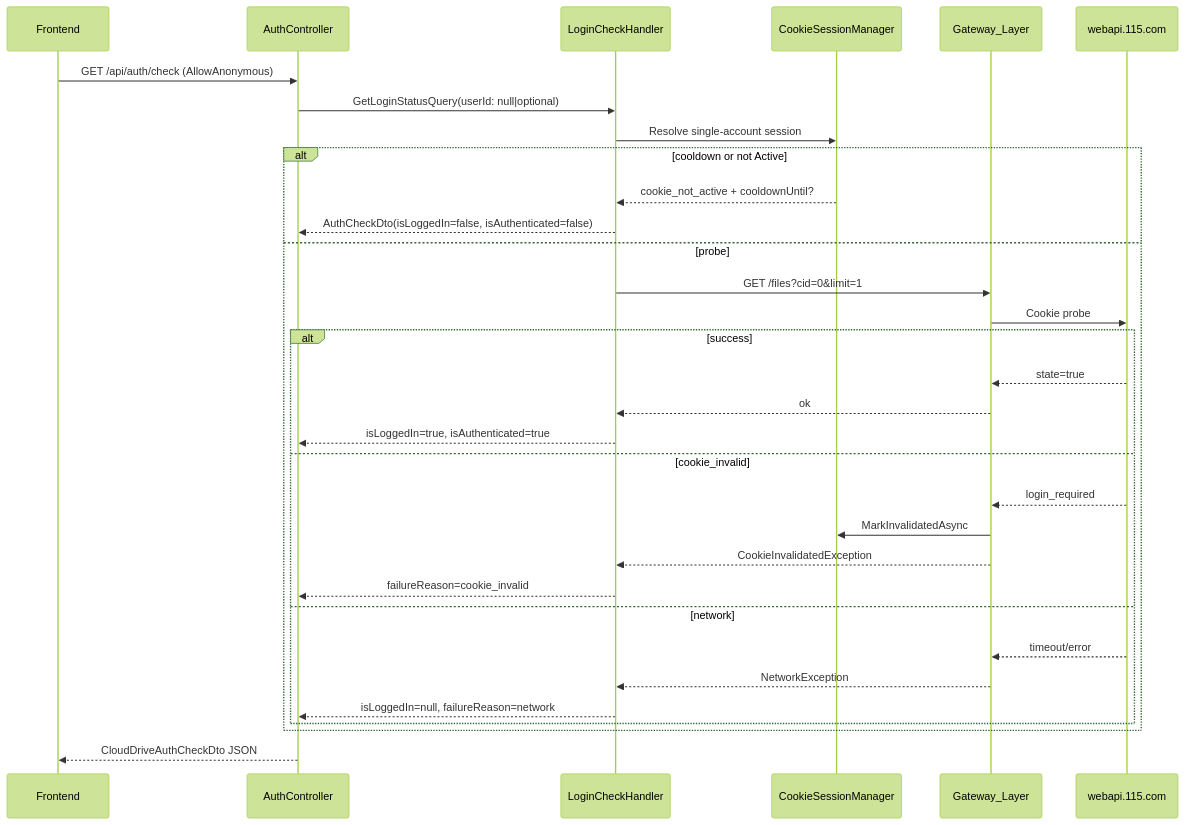
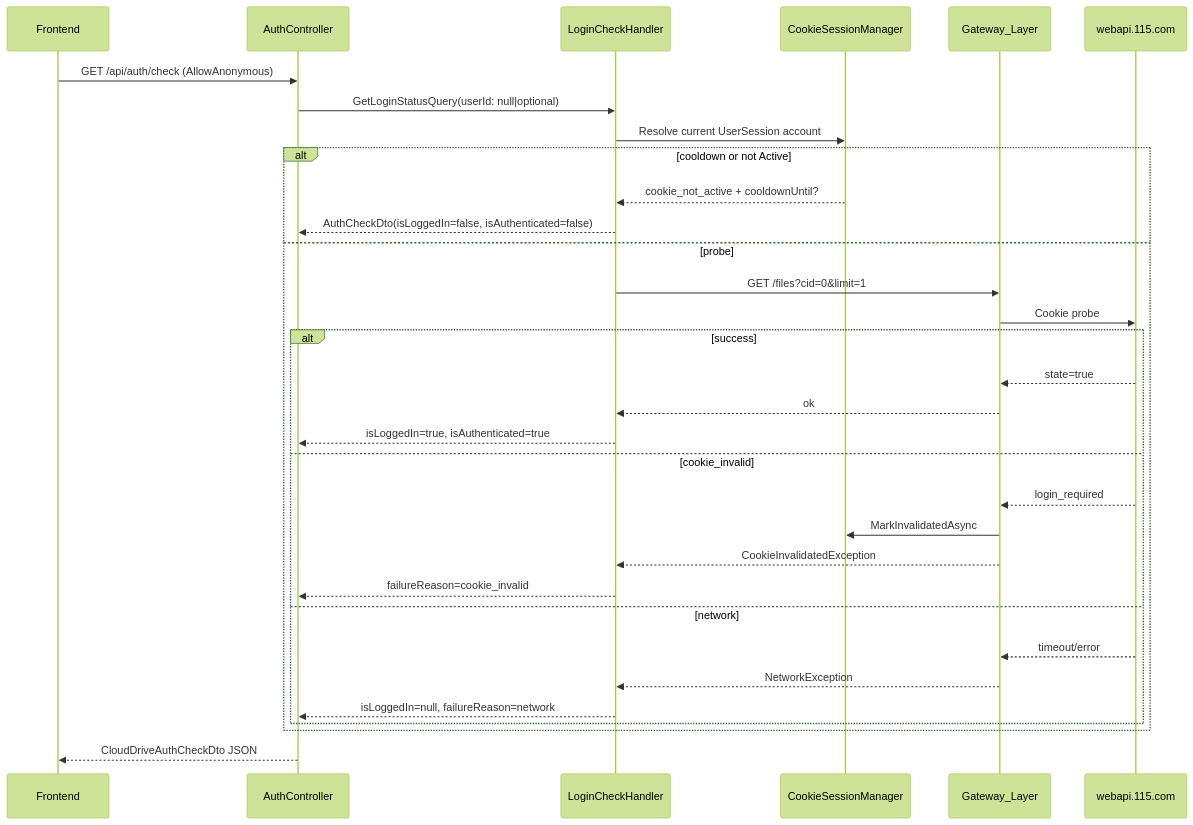
The first of 4 diagrams in .kiro/specs/115-cloud-drive-integration/design.md (sun-1221/CloudDrive_115), drawn with Mermaid (forest theme) before and after one commit. The commit also changed other lines of this file and 21 other files, not shown here.

````diff
--- a/.kiro/specs/115-cloud-drive-integration/design.md
+++ b/.kiro/specs/115-cloud-drive-integration/design.md
@@ -225,35 +226,35 @@
 ```mermaid
 sequenceDiagram
     participant Frontend
     participant AuthController
     participant LoginCheckHandler
     participant CookieSessionManager
     participant Gateway_Layer
     participant Upstream115 as webapi.115.com
 
     Frontend->>AuthController: GET /api/auth/check (AllowAnonymous)
     AuthController->>LoginCheckHandler: GetLoginStatusQuery(userId: null|optional)
-    LoginCheckHandler->>CookieSessionManager: Resolve single-account session
+    LoginCheckHandler->>CookieSessionManager: Resolve current UserSession account
     alt cooldown or not Active
         CookieSessionManager-->>LoginCheckHandler: cookie_not_active + cooldownUntil?
         LoginCheckHandler-->>AuthController: AuthCheckDto(isLoggedIn=false, isAuthenticated=false)
     else probe
         LoginCheckHandler->>Gateway_Layer: GET /files?cid=0&limit=1
         Gateway_Layer->>Upstream115: Cookie probe
         alt success
             Upstream115-->>Gateway_Layer: state=true
             Gateway_Layer-->>LoginCheckHandler: ok
             LoginCheckHandler-->>AuthController: isLoggedIn=true, isAuthenticated=true
         else cookie_invalid
             Upstream115-->>Gateway_Layer: login_required
             Gateway_Layer->>CookieSessionManager: MarkInvalidatedAsync
             Gateway_Layer-->>LoginCheckHandler: CookieInvalidatedException
             LoginCheckHandler-->>AuthController: failureReason=cookie_invalid
         else network
             Upstream115-->>Gateway_Layer: timeout/error
             Gateway_Layer-->>LoginCheckHandler: NetworkException
             LoginCheckHandler-->>AuthController: isLoggedIn=null, failureReason=network
         end
     end
     AuthController-->>Frontend: CloudDriveAuthCheckDto JSON
 ```
````
